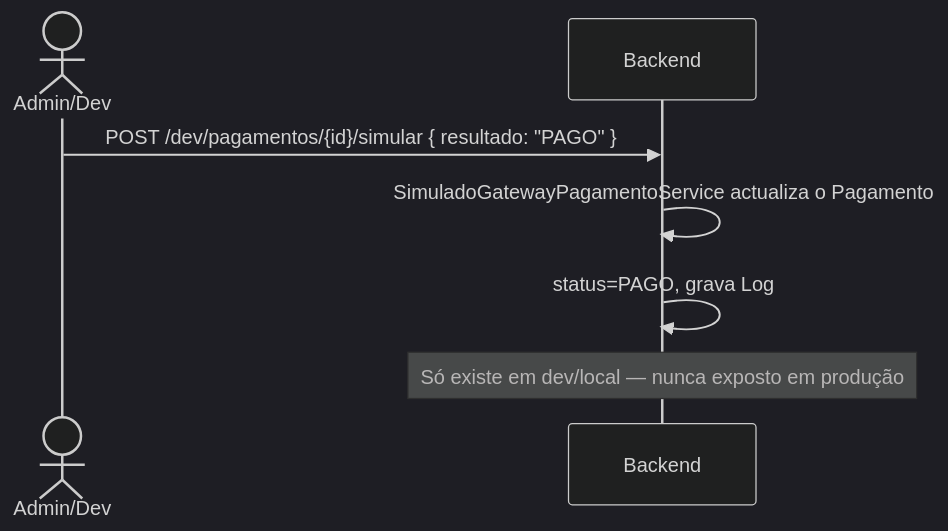
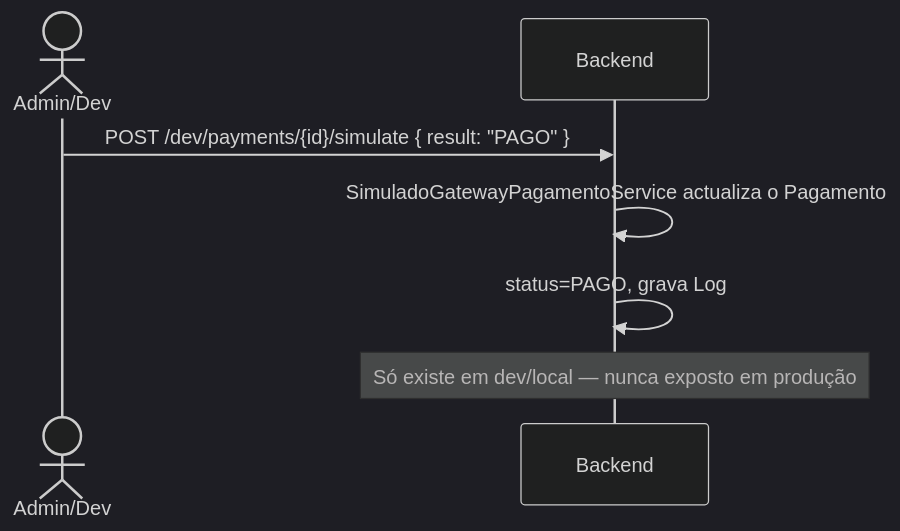
One commit to fititel-editorial/digital.zine changed the third of 4 diagrams in concept/06-diagrams/ds-payment.md. Above: the diagram before and after it, drawn with Mermaid (dark theme). The commit also changed other lines of this file and 18 other files, not shown here.

````diff
--- a/concept/06-diagrams/ds-payment.md
+++ b/concept/06-diagrams/ds-payment.md
@@ -59,10 +59,10 @@
 ```mermaid
 sequenceDiagram
     actor Dev as Admin/Dev
     participant Backend
 
-    Dev->>Backend: POST /dev/pagamentos/{id}/simular { resultado: "PAGO" }
+    Dev->>Backend: POST /dev/payments/{id}/simulate { result: "PAGO" }
     Backend->>Backend: SimuladoGatewayPagamentoService actualiza o Pagamento
     Backend->>Backend: status=PAGO, grava Log
     Note over Backend: Só existe em dev/local — nunca exposto em produção
 ```
````
